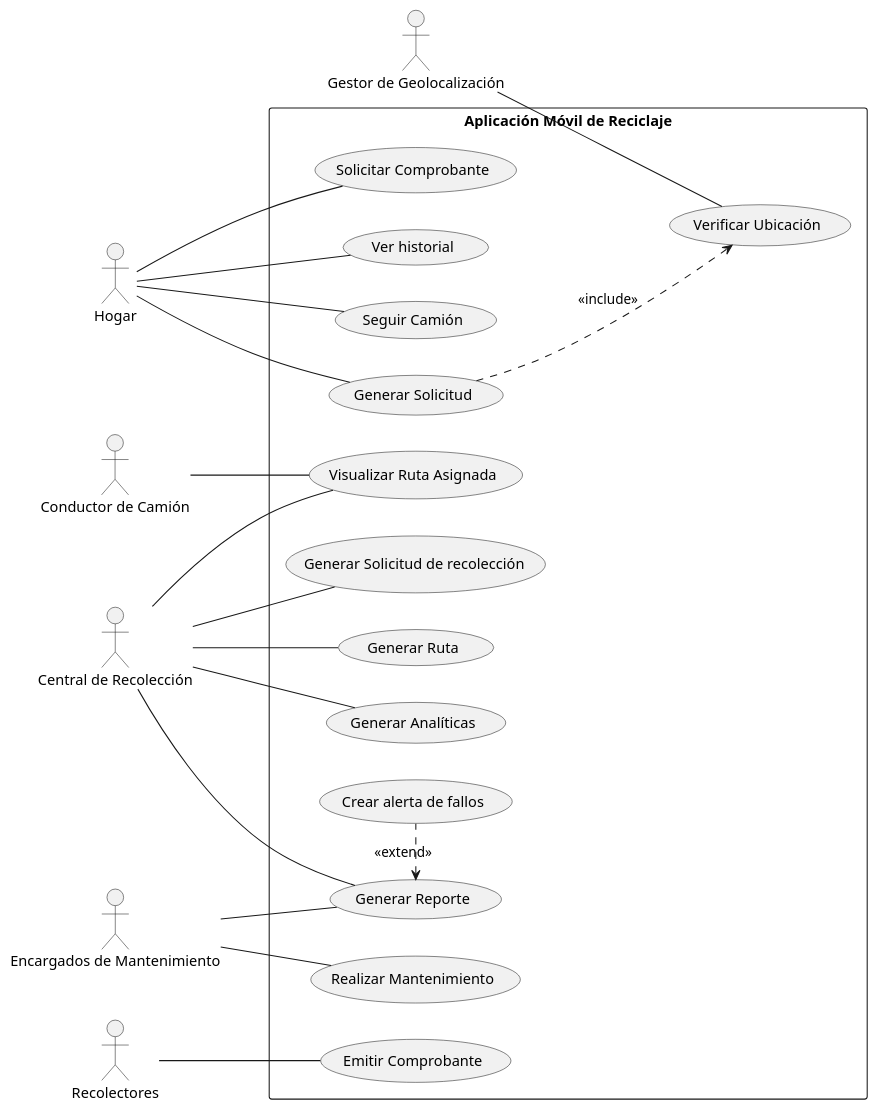
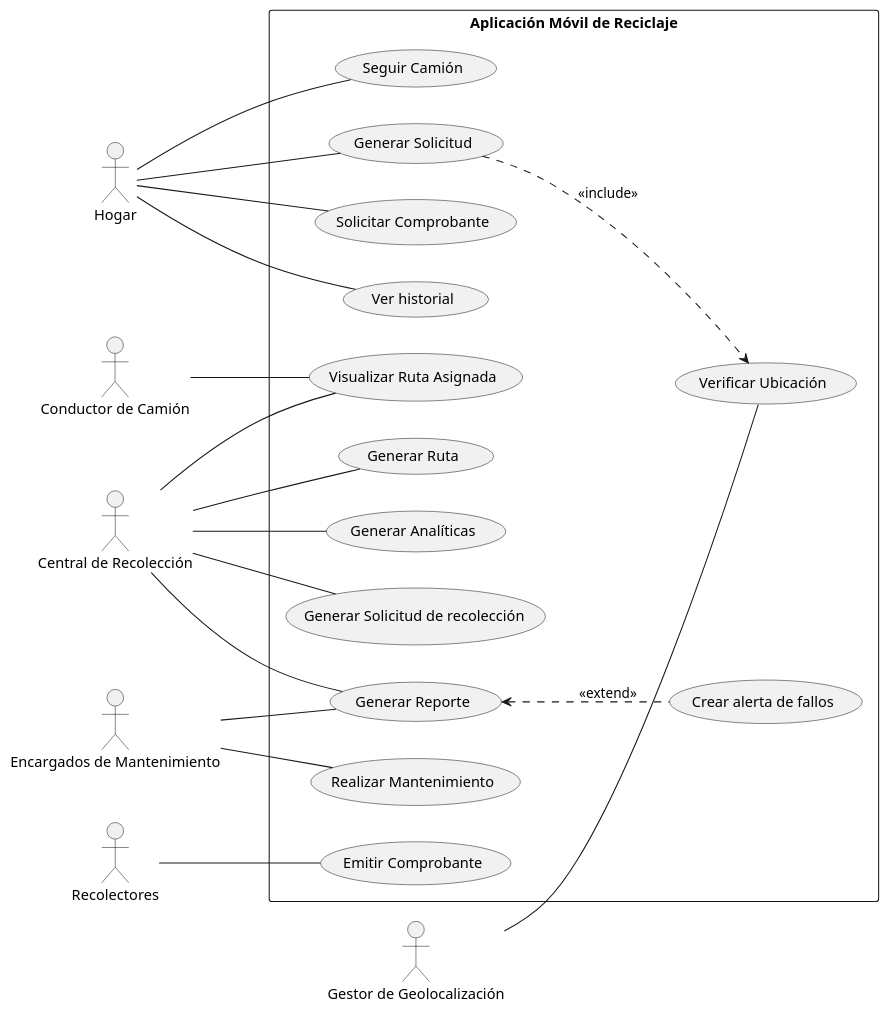
Before and after one commit to diss17/proyecto_is1: the diagram in 03_ayudantia/DiagramaCasosDeUso.puml, drawn with PlantUML.

```diff
--- a/03_ayudantia/DiagramaCasosDeUso.puml
+++ b/03_ayudantia/DiagramaCasosDeUso.puml
@@ -1,73 +1,73 @@
 @startuml DiagramaCasosDeUso
 ' Título del Diagrama
 skinparam titleAlignment center
 
 ' Dirección principal del flujo
 left to right direction
 
 ' --- Actores ---
 actor "Hogar" as hogar
 actor "Conductor de Camión" as conductor
 actor "Gestor de Geolocalización" as gps
 actor "Central de Recolección" as central
 actor "Recolectores" as recolectores
 actor "Encargados de Mantenimiento" as mantenimiento
 
 ' --- Contenedor del Sistema ---
 rectangle "Aplicación Móvil de Reciclaje" {
 
   ' -- Casos de Uso Hogar --
   usecase "Generar Solicitud" as UC1
   usecase "Solicitar Comprobante" as UC2
   usecase "Ver historial" as UC3
   
   ' CAMBIO: Caso específico para el Hogar (RF5)
   usecase "Seguir Camión" as UC_Seguimiento 
 
   ' -- Servicio Externo --
   usecase "Verificar Ubicación" as UC5
 
   ' -- Casos de Uso Central / Operaciones --
   usecase "Generar Analíticas" as UC6
   usecase "Generar Solicitud de recolección" as UC7
   usecase "Generar Ruta" as UC8
   
   ' CAMBIO: Caso específico para Conductor/Central (RF4)
   usecase "Visualizar Ruta Asignada" as UC_VisualizarRuta 
 
   usecase "Generar Reporte" as UC9
   usecase "Crear alerta de fallos" as UC10
   
   ' -- Casos de Uso Recolectores/Mantenimiento --
   usecase "Emitir Comprobante" as UC11
   usecase "Realizar Mantenimiento" as UC12
 } 
 
 ' --- Relaciones de Actores ---
 ' Hogar
 hogar -- UC1
 hogar -- UC2
 hogar -- UC3
 hogar -- UC_Seguimiento
 
 ' Conductor
 conductor -- UC_VisualizarRuta
 
 ' Central 
 central -- UC6
 central -- UC7
 central -- UC8
 central -- UC_VisualizarRuta
 central -- UC9
 
 ' Otros Actores
 gps -- UC5
 recolectores -- UC11
 mantenimiento -- UC9
 mantenimiento -- UC12
 
 ' --- Relaciones Internas (Include/Extend) ---
 UC1 ..> UC5 : <<include>>
-UC9 <. UC10 : <<extend>>
+UC9 <.. UC10 : <<extend>>
 
 @enduml
```
